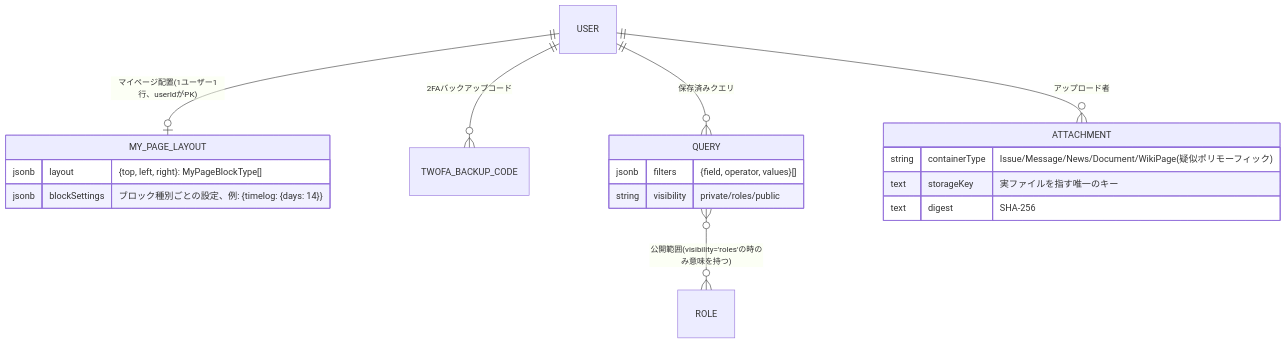
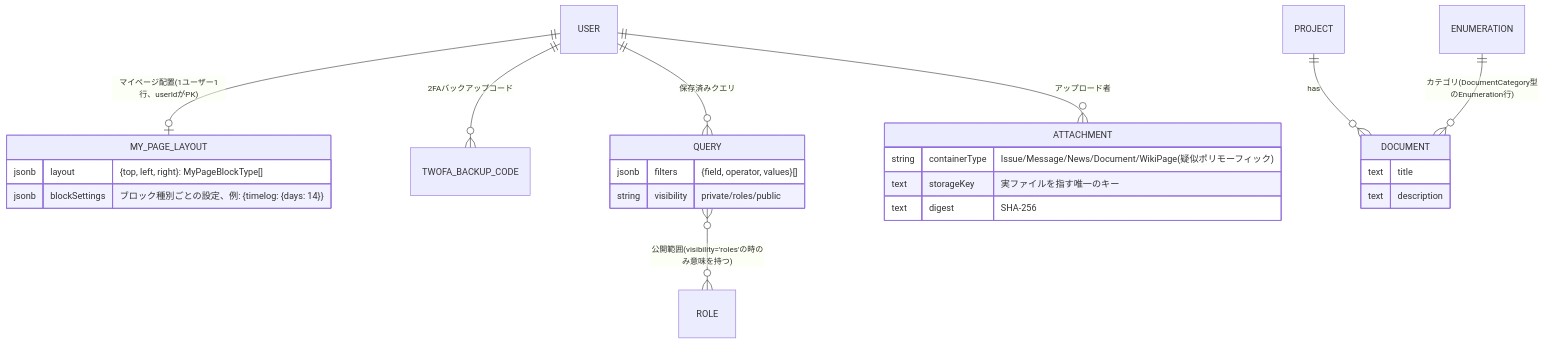
The eighth of 8 diagrams in docs/design/domain-model.md (ip-san/next-pm), drawn with Mermaid before and after one commit. The commit also changed other lines of this file and 4 other files, not shown here.

First line of the commit message:
Fix review findings in architecture docs

````diff
--- a/docs/design/domain-model.md
+++ b/docs/design/domain-model.md
@@ -215,22 +214,28 @@
 ```mermaid
 erDiagram
     USER ||--o| MY_PAGE_LAYOUT : "マイページ配置(1ユーザー1行、userIdがPK)"
     USER ||--o{ TWOFA_BACKUP_CODE : "2FAバックアップコード"
     USER ||--o{ QUERY : "保存済みクエリ"
     QUERY }o--o{ ROLE : "公開範囲(visibility='roles'の時のみ意味を持つ)"
     USER ||--o{ ATTACHMENT : "アップロード者"
+    PROJECT ||--o{ DOCUMENT : has
+    ENUMERATION ||--o{ DOCUMENT : "カテゴリ(DocumentCategory型のEnumeration行)"
 
     MY_PAGE_LAYOUT {
         jsonb layout "{top, left, right}: MyPageBlockType[]"
         jsonb blockSettings "ブロック種別ごとの設定、例: {timelog: {days: 14}}"
     }
     QUERY {
         jsonb filters "{field, operator, values}[]"
         string visibility "private/roles/public"
     }
     ATTACHMENT {
         string containerType "Issue/Message/News/Document/WikiPage(疑似ポリモーフィック)"
         text storageKey "実ファイルを指す唯一のキー"
         text digest "SHA-256"
     }
+    DOCUMENT {
+        text title
+        text description
+    }
 ```
````
